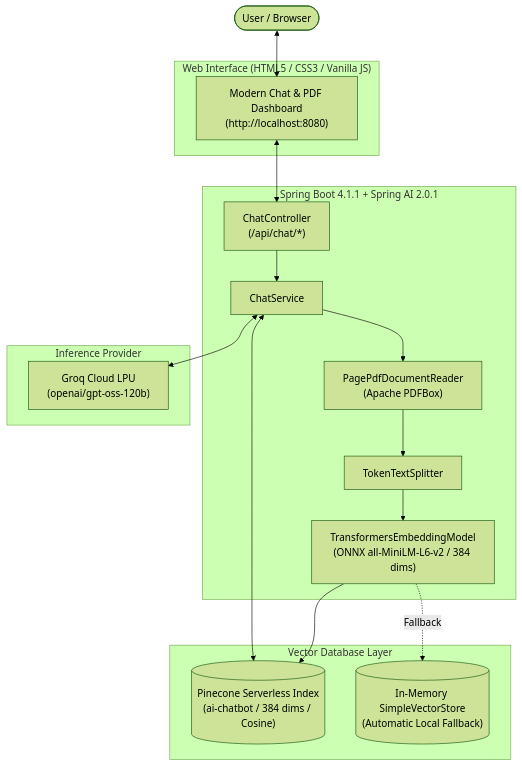
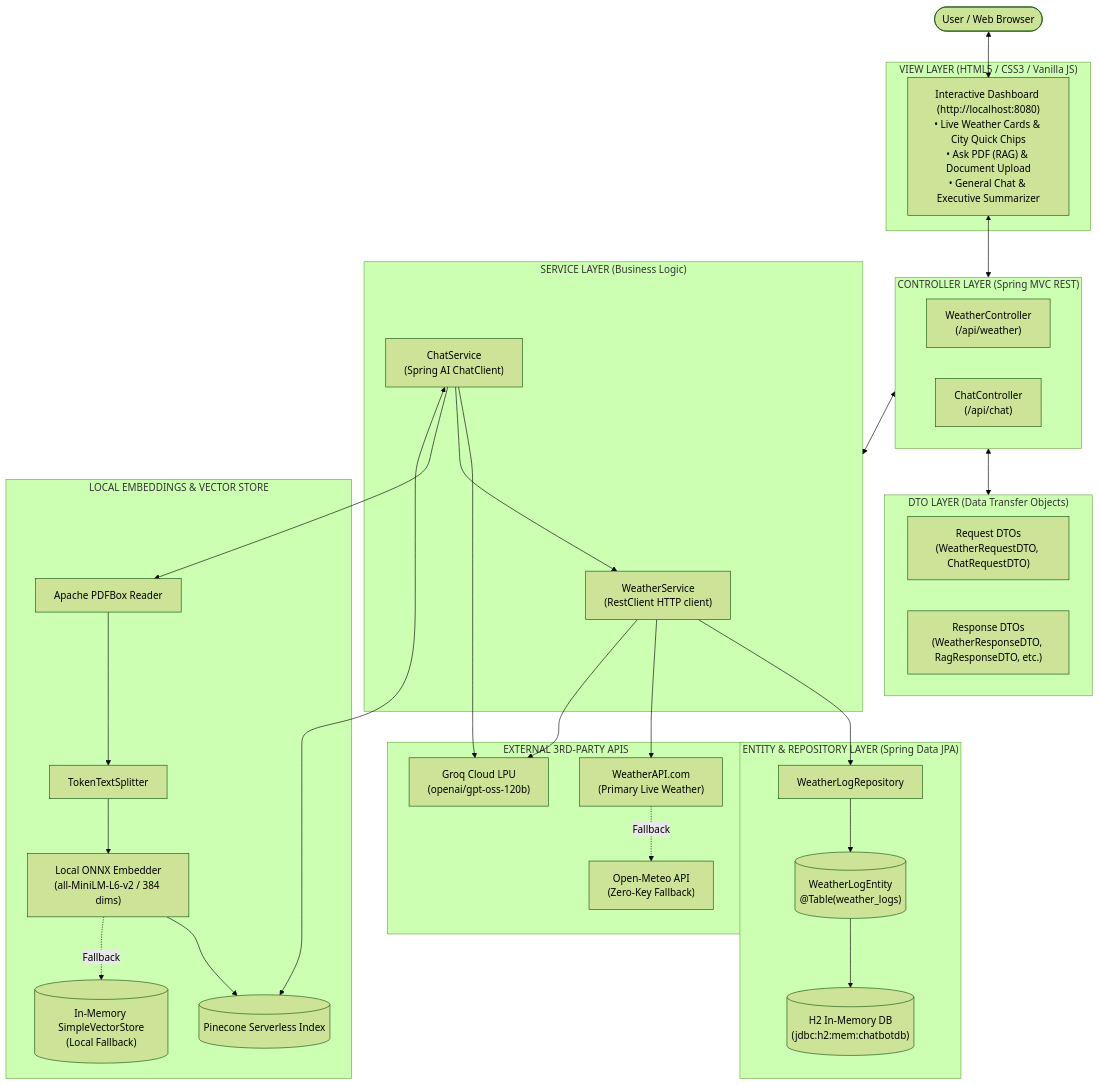
The diagram in ai-chatbot/README.md (ChakradharReddy01/ai-chatbot), drawn with Mermaid (forest theme) before and after one commit. The commit also changed other lines of this file and 19 other files, not shown here.

Commit message:
Improved app into MVC model

````diff
--- a/ai-chatbot/README.md
+++ b/ai-chatbot/README.md
@@ -40,36 +76,63 @@
 ```mermaid
 flowchart TD
-    User([User / Browser])
-    
-    subgraph Frontend ["Web Interface (HTML5 / CSS3 / Vanilla JS)"]
-        UI["Modern Chat & PDF Dashboard\n(http://localhost:8080)"]
+    User([User / Web Browser])
+
+    subgraph View ["VIEW LAYER (HTML5 / CSS3 / Vanilla JS)"]
+        UI["Interactive Dashboard (http://localhost:8080)<br/>• Live Weather Cards & City Quick Chips<br/>• Ask PDF (RAG) & Document Upload<br/>• General Chat & Executive Summarizer"]
     end
 
-    subgraph Backend ["Spring Boot 4.1.1 + Spring AI 2.0.1"]
-        Controller["ChatController\n(/api/chat/*)"]
-        Service["ChatService"]
-        PDFReader["PagePdfDocumentReader\n(Apache PDFBox)"]
-        Splitter["TokenTextSplitter"]
-        Embedder["TransformersEmbeddingModel\n(ONNX all-MiniLM-L6-v2 / 384 dims)"]
+    subgraph Controller ["CONTROLLER LAYER (Spring MVC REST)"]
+        WeatherCtrl["WeatherController<br/>(/api/weather)"]
+        ChatCtrl["ChatController<br/>(/api/chat)"]
     end
 
-    subgraph VectorDB ["Vector Database Layer"]
-        Pinecone[("Pinecone Serverless Index\n(ai-chatbot / 384 dims / Cosine)")]
-        SimpleStore[("In-Memory SimpleVectorStore\n(Automatic Local Fallback)")]
+    subgraph DTO ["DTO LAYER (Data Transfer Objects)"]
+        ReqDTO["Request DTOs<br/>(WeatherRequestDTO, ChatRequestDTO)"]
+        ResDTO["Response DTOs<br/>(WeatherResponseDTO, RagResponseDTO, etc.)"]
     end
 
-    subgraph LLM ["Inference Provider"]
-        Groq["Groq Cloud LPU\n(openai/gpt-oss-120b)"]
+    subgraph Service ["SERVICE LAYER (Business Logic)"]
+        WeatherSvc["WeatherService<br/>(RestClient HTTP client)"]
+        ChatSvc["ChatService<br/>(Spring AI ChatClient)"]
+    end
+
+    subgraph EntityRepo ["ENTITY & REPOSITORY LAYER (Spring Data JPA)"]
+        WeatherRepo["WeatherLogRepository"]
+        WeatherEntity[("WeatherLogEntity<br/>@Table(weather_logs)")]
+        H2DB[("H2 In-Memory DB<br/>(jdbc:h2:mem:chatbotdb)")]
+    end
+
+    subgraph ExternalAPIs ["EXTERNAL 3RD-PARTY APIS"]
+        WeatherAPI["WeatherAPI.com<br/>(Primary Live Weather)"]
+        OpenMeteo["Open-Meteo API<br/>(Zero-Key Fallback)"]
+        Groq["Groq Cloud LPU<br/>(openai/gpt-oss-120b)"]
+    end
+
+    subgraph VectorEngine ["LOCAL EMBEDDINGS & VECTOR STORE"]
+        PDFReader["Apache PDFBox Reader"]
+        Chunker["TokenTextSplitter"]
+        Embedder["Local ONNX Embedder<br/>(all-MiniLM-L6-v2 / 384 dims)"]
+        Pinecone[("Pinecone Serverless Index")]
+        SimpleStore[("In-Memory SimpleVectorStore<br/>(Local Fallback)")]
     end
 
     User <--> UI
     UI <--> Controller
-    Controller --> Service
-    Service --> PDFReader
-    PDFReader --> Splitter
-    Splitter --> Embedder
+    Controller <--> DTO
+    Controller <--> Service
+
+    WeatherSvc --> WeatherRepo
+    WeatherRepo --> WeatherEntity
+    WeatherEntity --> H2DB
+
+    WeatherSvc --> WeatherAPI
+    WeatherAPI -. Fallback .-> OpenMeteo
+    WeatherSvc --> Groq
+
+    ChatSvc --> Groq
+    ChatSvc --> WeatherSvc
+    ChatSvc --> PDFReader --> Chunker --> Embedder
     Embedder --> Pinecone
     Embedder -. Fallback .-> SimpleStore
-    Service <--> Pinecone
-    Service <--> Groq
+    ChatSvc <--> Pinecone
 ```
````
